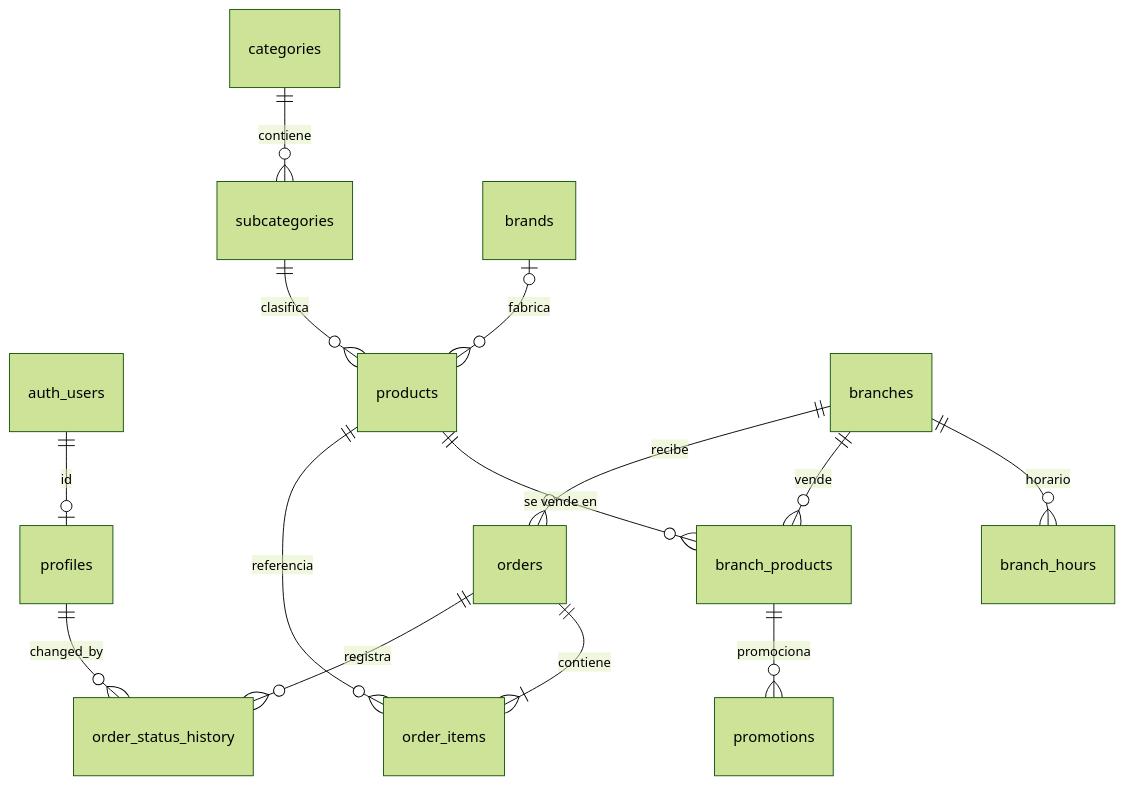
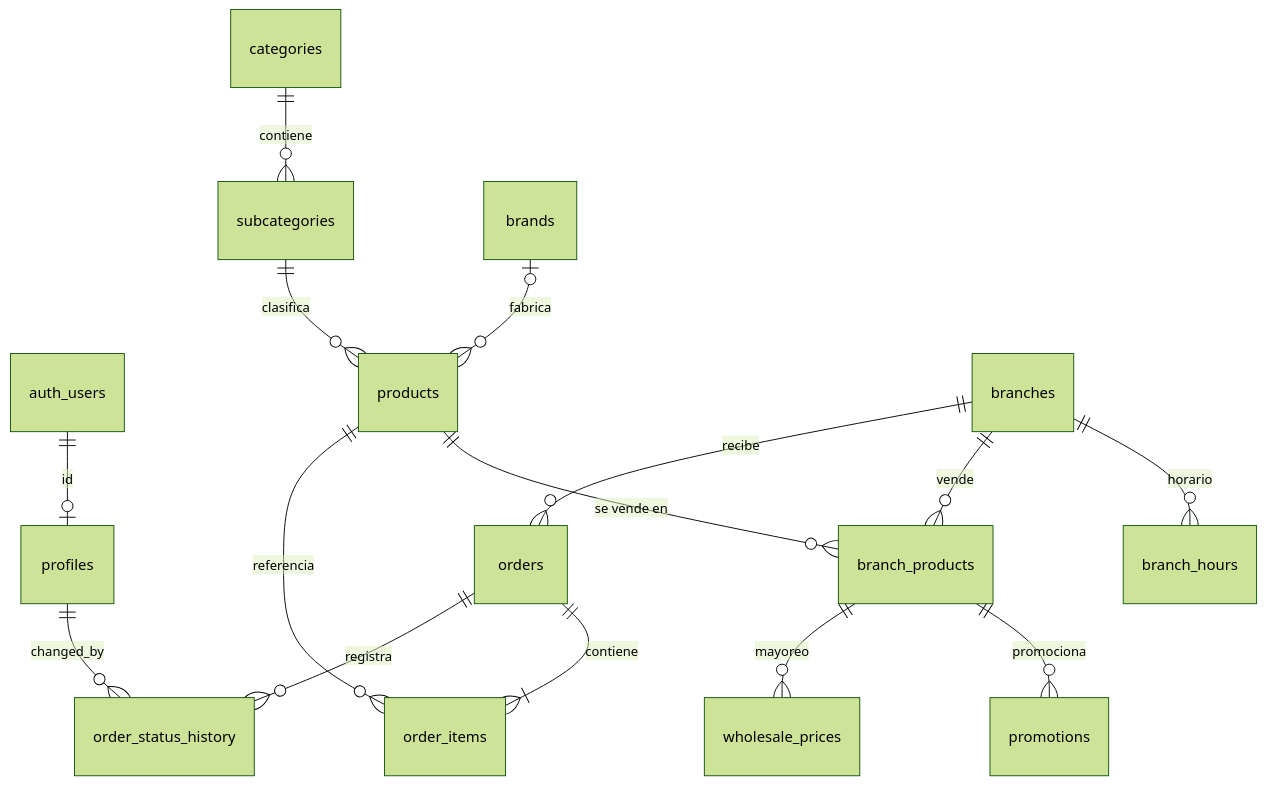
The diagram in docs/database.md (Jxrgx/abarrotes-alex), drawn with Mermaid (forest theme) before and after one commit. The commit also changed other lines of this file and 43 other files, not shown here.

````diff
--- a/docs/database.md
+++ b/docs/database.md
@@ -82,16 +83,17 @@
 ```mermaid
 erDiagram
   auth_users ||--o| profiles : "id"
   categories ||--o{ subcategories : contiene
   subcategories ||--o{ products : clasifica
   brands |o--o{ products : fabrica
   branches ||--o{ branch_hours : horario
   branches ||--o{ branch_products : vende
   products ||--o{ branch_products : "se vende en"
   branch_products ||--o{ promotions : promociona
+  branch_products ||--o{ wholesale_prices : "mayoreo"
   branches ||--o{ orders : recibe
   orders ||--|{ order_items : contiene
   products ||--o{ order_items : "referencia"
   orders ||--o{ order_status_history : registra
   profiles ||--o{ order_status_history : "changed_by"
 ```
````
